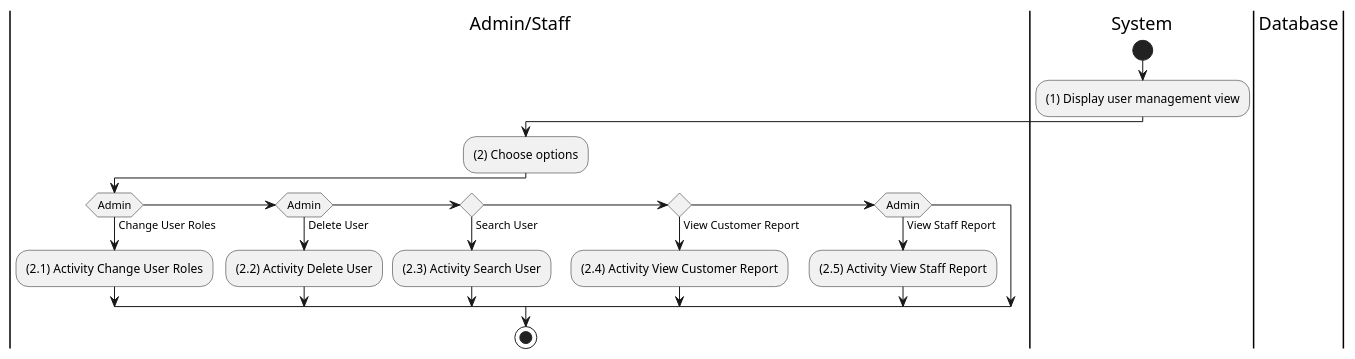
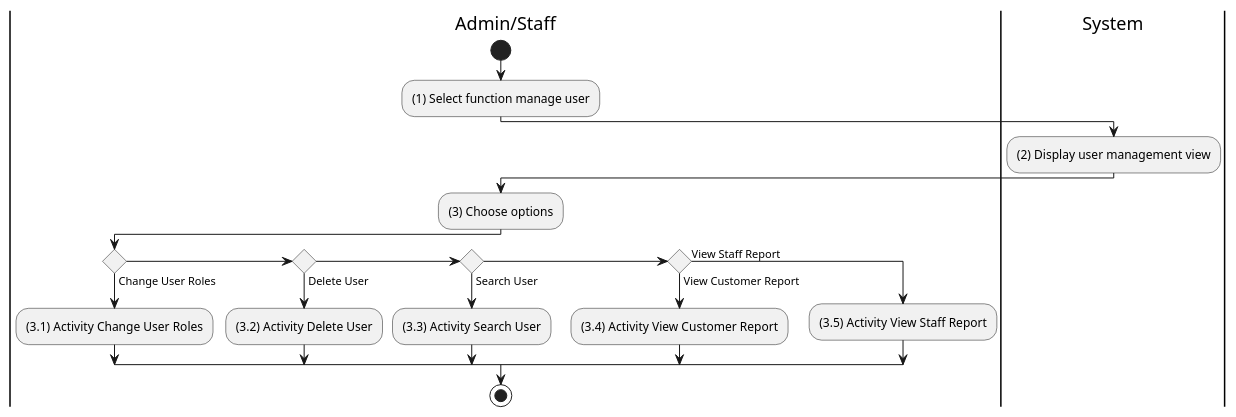
The diagram in docs/software-docs/activity/manage-user/manage-user.md (electricilies/electricilies.github.io), drawn with PlantUML before and after one commit. The commit also changed 47 other files, not shown here.

````diff
--- a/docs/software-docs/activity/manage-user/manage-user.md
+++ b/docs/software-docs/activity/manage-user/manage-user.md
@@ -3,28 +3,27 @@
 ```plantuml
 @startuml
 |AS|Admin/Staff
 |S|System
-|D|Database
-
-|S|
-start
-:(1) Display user management view;
 
 |AS|
-:(2) Choose options;
-if (Admin) then (Change User Roles)
-  :(2.1) Activity Change User Roles;
-elseif (Admin) then (Delete User)
-  :(2.2) Activity Delete User;
+start
+:(1) Select function manage user;
+|S|
+:(2) Display user management view;
+|AS|
+:(3) Choose options;
+if () then (Change User Roles)
+  :(3.1) Activity Change User Roles;
+elseif () then (Delete User)
+  :(3.2) Activity Delete User;
 elseif () then (Search User)
-  :(2.3) Activity Search User;
+  :(3.3) Activity Search User;
 elseif () then (View Customer Report)
-  :(2.4) Activity View Customer Report;
-elseif (Admin) then (View Staff Report)
-  :(2.5) Activity View Staff Report;
+  :(3.4) Activity View Customer Report;
+else (View Staff Report)
+  :(3.5) Activity View Staff Report;
 endif
-
+|AS|
 stop
 @enduml
-@enduml
 ```
````
